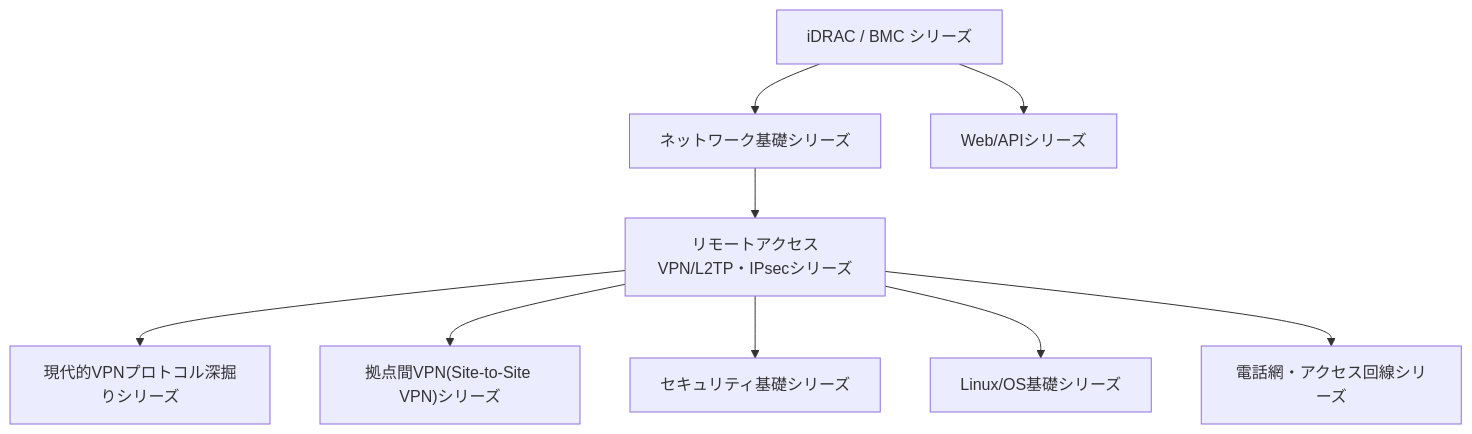
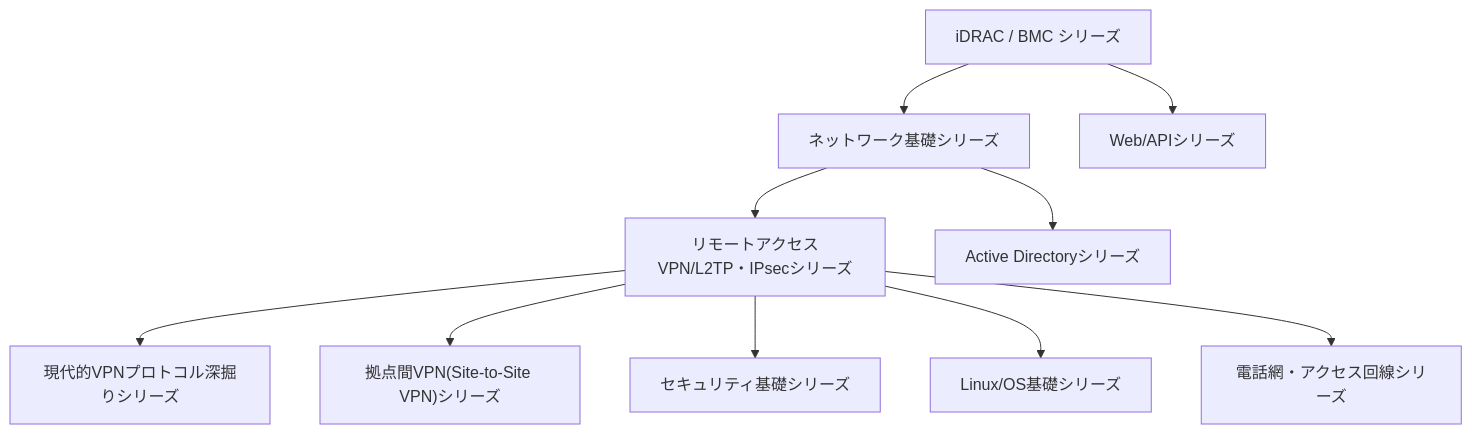
The diagram in src/pages/sitemap.md (koikoi1998/koikoi-blog-20260723), drawn with Mermaid before and after one commit. The commit also changed other lines of this file and 11 other files, not shown here.

````diff
--- a/src/pages/sitemap.md
+++ b/src/pages/sitemap.md
@@ -24,21 +24,23 @@
 ```mermaid
 graph TB
     Idrac["iDRAC / BMC シリーズ"]
     Network["ネットワーク基礎シリーズ"]
     Vpn["リモートアクセスVPN/L2TP・IPsecシリーズ"]
     ModernVpn["現代的VPNプロトコル深掘りシリーズ"]
     SiteToSite["拠点間VPN(Site-to-Site VPN)シリーズ"]
     Security["セキュリティ基礎シリーズ"]
     Linux["Linux/OS基礎シリーズ"]
     Telephony["電話網・アクセス回線シリーズ"]
     Api["Web/APIシリーズ"]
+    ActiveDirectory["Active Directoryシリーズ"]
 
     Idrac --> Network
     Idrac --> Api
     Network --> Vpn
     Vpn --> ModernVpn
     Vpn --> SiteToSite
     Vpn --> Security
     Vpn --> Linux
     Vpn --> Telephony
+    Network --> ActiveDirectory
 ```
````
